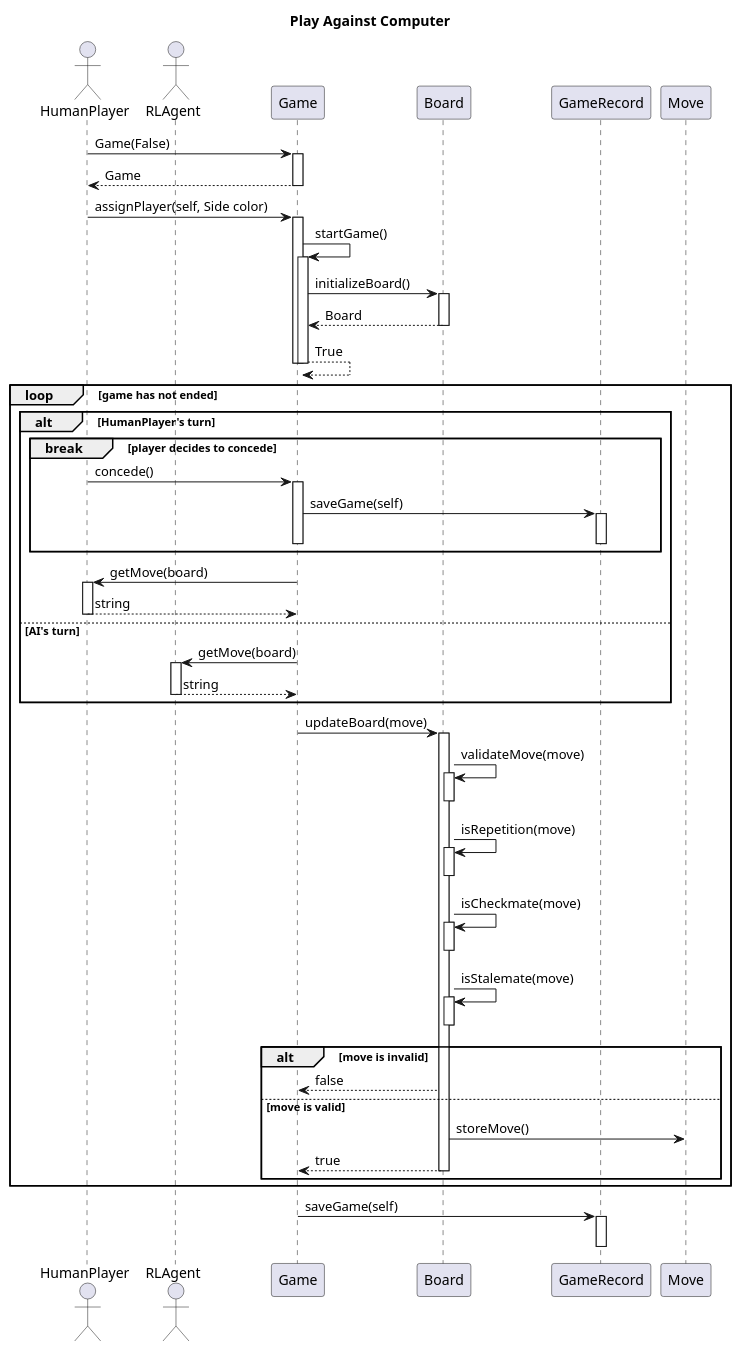
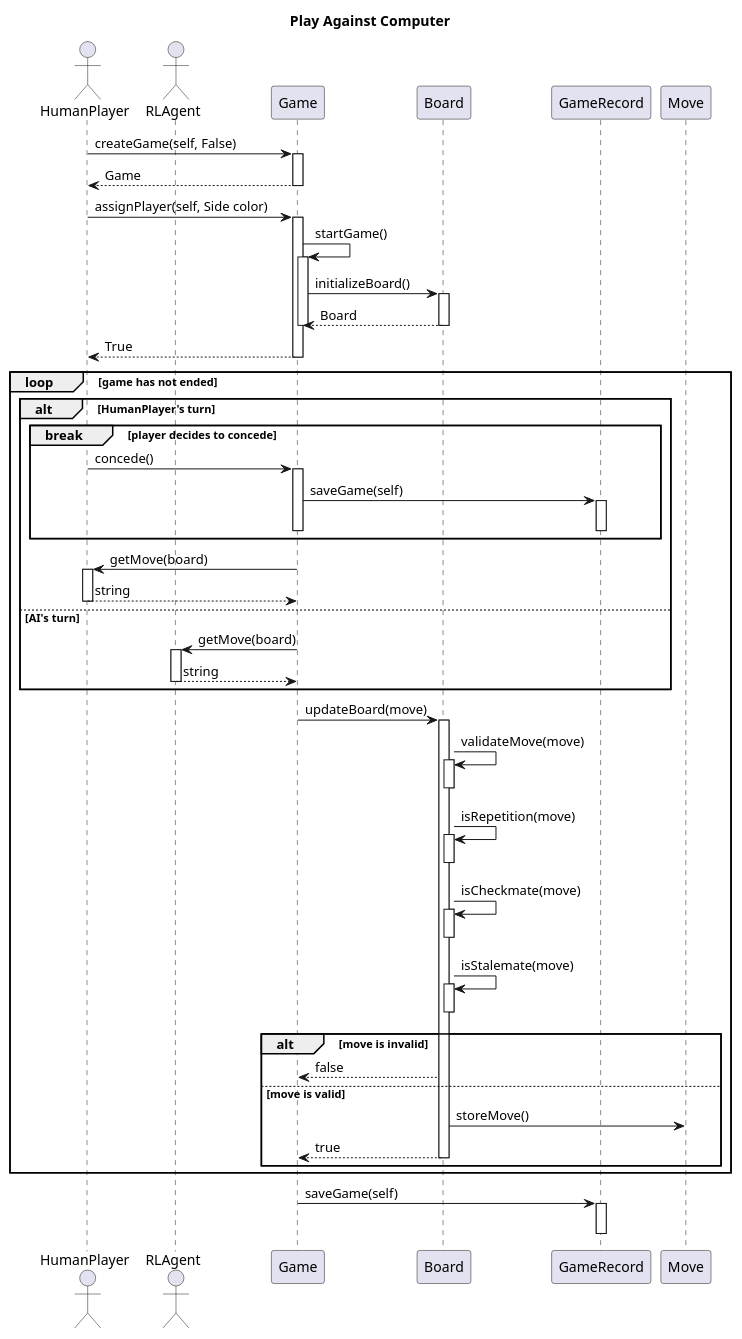
One commit to ECE493-W22-G04/rl-chess changed the diagram in docs/preliminary_design_diagrams/sequence_diagrams/play_pvc.puml. Above: the diagram before and after it, drawn with PlantUML. The commit also changed 1 other file, not shown here.

Commit message:
rename createGame

```diff
--- a/docs/preliminary_design_diagrams/sequence_diagrams/play_pvc.puml
+++ b/docs/preliminary_design_diagrams/sequence_diagrams/play_pvc.puml
@@ -1,61 +1,61 @@
 @startuml Play Against Computer
 
 title Play Against Computer
 
 autoactivate on
 
 actor HumanPlayer
 actor RLAgent
-HumanPlayer -> Game: Game(False)
+HumanPlayer -> Game: createGame(self, False)
 return Game
 HumanPlayer -> Game: assignPlayer(self, Side color)
     Game -> Game: startGame()
         Game -> Board: initializeBoard()
         return Board
+    deactivate
     return True
-    deactivate
 
 loop game has not ended
         
     alt HumanPlayer's turn
         break player decides to concede
             HumanPlayer -> Game: concede()
             Game -> GameRecord: saveGame(self)
             deactivate
             deactivate
         end
         Game -> HumanPlayer: getMove(board)
         return string
     else AI's turn
         Game -> RLAgent: getMove(board)
         return string
     end
     autoactivate off
     Game -> Board: updateBoard(move)
         activate Board
             Board -> Board: validateMove(move)
                 activate Board
                 deactivate Board
             Board -> Board: isRepetition(move)
                 activate Board
                 deactivate Board
             Board -> Board: isCheckmate(move)
                 activate Board
                 deactivate Board
             Board -> Board: isStalemate(move)
                 activate Board
                 deactivate Board
             alt move is invalid
                 Board --> Game : false
             else move is valid
                 Board -> Move : storeMove()
                 Board --> Game : true
                 deactivate Board
             end
     autoactivate on
 end
 
 Game -> GameRecord: saveGame(self)
 deactivate
 
 @enduml
```
